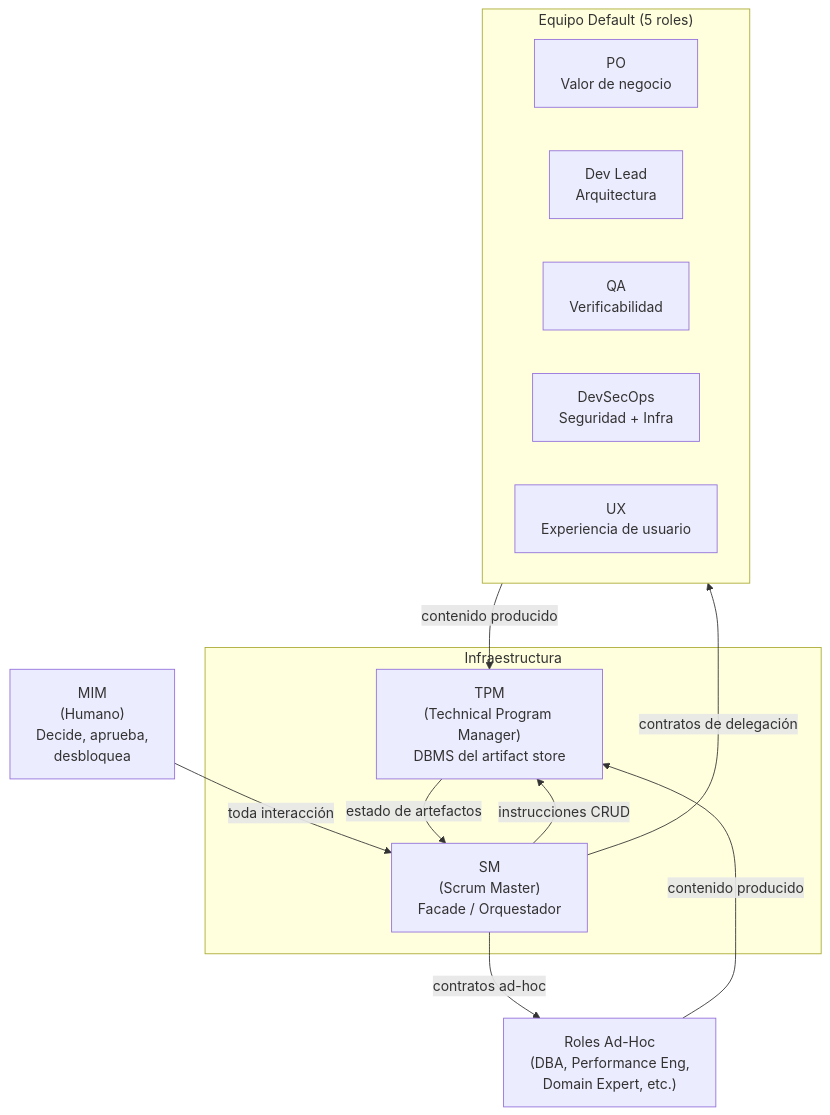
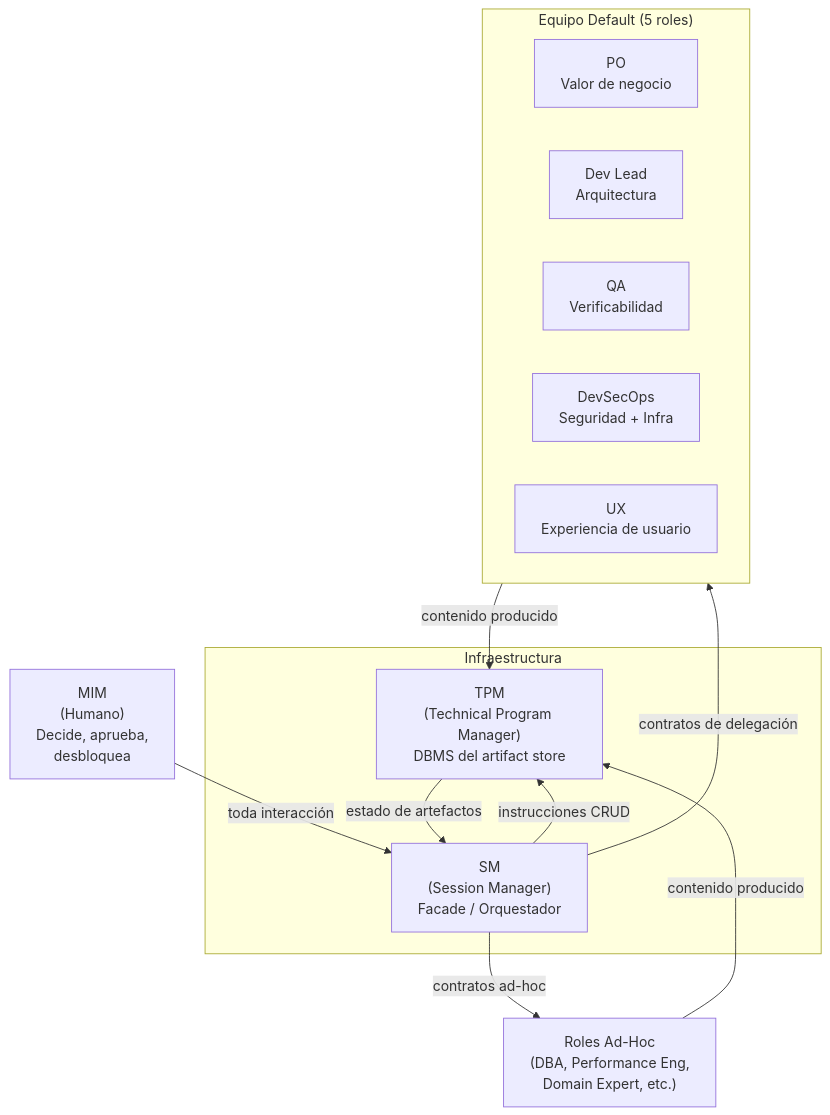
One commit to virgenherrera/idea-to-mvp changed the first of 11 diagrams in docs/overview.md. Above: the diagram before and after it, drawn with Mermaid. The commit also changed other lines of this file and 11 other files, not shown here.

````diff
--- a/docs/overview.md
+++ b/docs/overview.md
@@ -17,29 +17,29 @@
 ```mermaid
 %% Relación entre actores del framework
 flowchart TD
     MIM["MIM\n(Humano)\nDecide, aprueba,\ndesbloquea"]
 
     subgraph INFRA["Infraestructura"]
-        SM["SM\n(Scrum Master)\nFacade / Orquestador"]
+        SM["SM\n(Session Manager)\nFacade / Orquestador"]
         TPM["TPM\n(Technical Program Manager)\nDBMS del artifact store"]
     end
 
     subgraph DEFAULT_TEAM["Equipo Default (5 roles)"]
         direction LR
         PO["PO\nValor de negocio"]
         DEV["Dev Lead\nArquitectura"]
         QA["QA\nVerificabilidad"]
         SEC["DevSecOps\nSeguridad + Infra"]
         UX["UX\nExperiencia de usuario"]
     end
 
     ADHOC["Roles Ad-Hoc\n(DBA, Performance Eng,\nDomain Expert, etc.)"]
 
     MIM -->|"toda interacción"| SM
     SM -->|"contratos de delegación"| DEFAULT_TEAM
     SM -->|"contratos ad-hoc"| ADHOC
     SM -->|"instrucciones CRUD"| TPM
     TPM -->|"estado de artefactos"| SM
     DEFAULT_TEAM -->|"contenido producido"| TPM
     ADHOC -->|"contenido producido"| TPM
 ```
````
